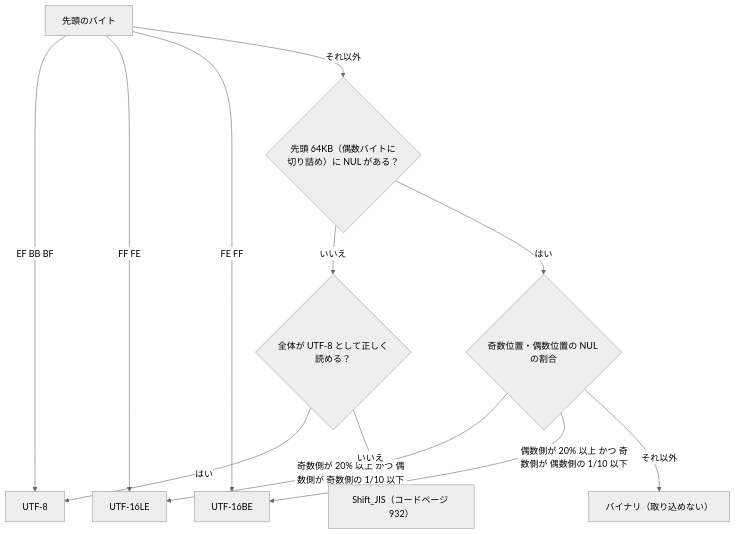
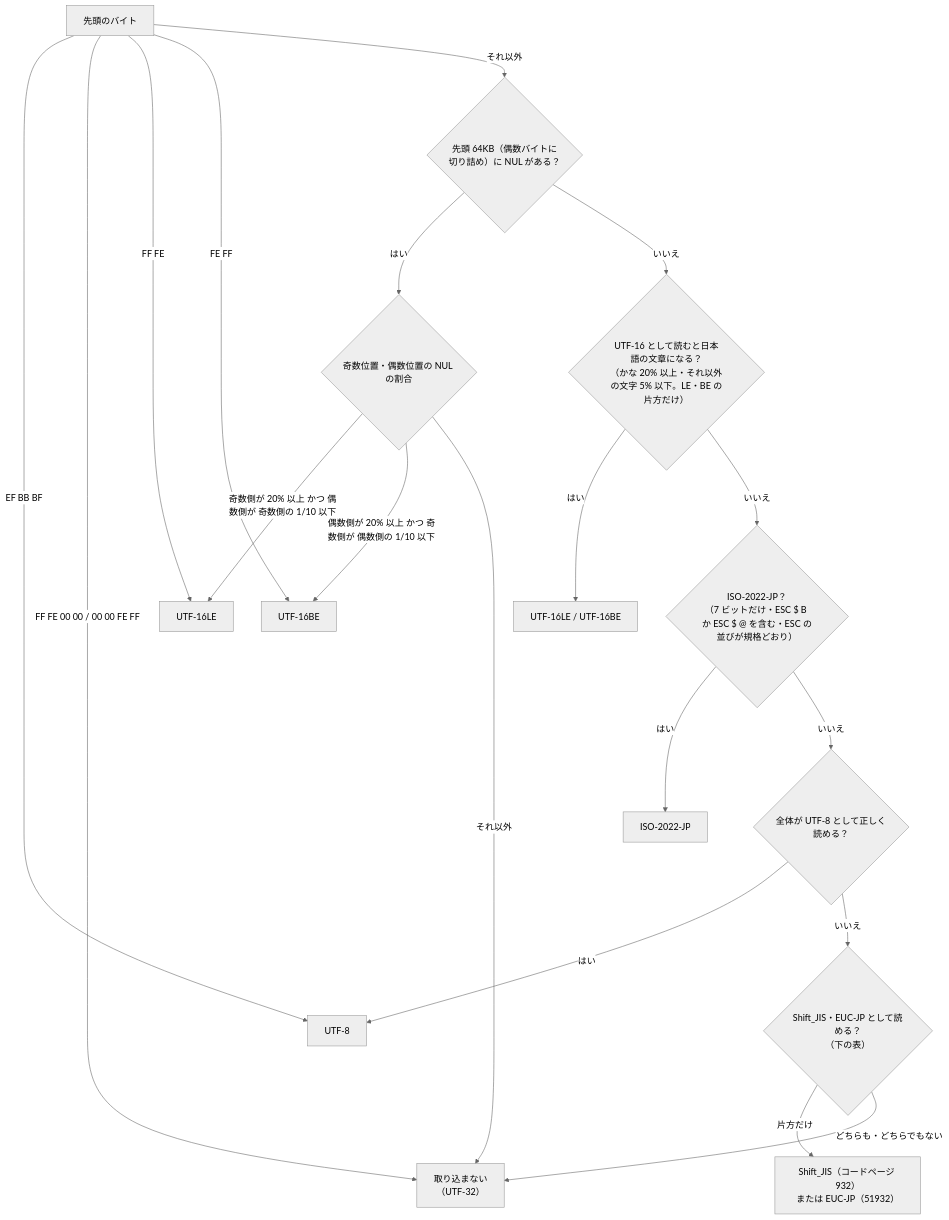
One commit to hsgwa/tebunko changed the diagram in docs/design/indexing/text.md. Above: the diagram before and after it, drawn with Mermaid (neutral theme). The commit also changed other lines of this file and 5 other files, not shown here.

First line of the commit message:
fix: テキストファイルの文字コードの判定の穴を直す（EUC-JP・JIS・日本語の UTF-16 を読み、判定できないものは取り込まない）

````diff
--- a/docs/design/indexing/text.md
+++ b/docs/design/indexing/text.md
@@ -19,14 +19,21 @@
 ```mermaid
 flowchart TD
     A["先頭のバイト"] -->|"EF BB BF"| U8["UTF-8"]
+    A -->|"FF FE 00 00 / 00 00 FE FF"| BIN["取り込まない<br>（UTF-32）"]
     A -->|"FF FE"| L16["UTF-16LE"]
     A -->|"FE FF"| B16["UTF-16BE"]
     A -->|"それ以外"| N{"先頭 64KB（偶数バイトに切り詰め）に NUL がある？"}
-    N -- いいえ --> D{"全体が UTF-8 として正しく読める？"}
     N -- はい --> S{"奇数位置・偶数位置の NUL の割合"}
     S -->|"奇数側が 20% 以上 かつ 偶数側が 奇数側の 1/10 以下"| L16
     S -->|"偶数側が 20% 以上 かつ 奇数側が 偶数側の 1/10 以下"| B16
-    S -->|"それ以外"| BIN["バイナリ（取り込めない）"]
+    S -->|"それ以外"| BIN
+    N -- いいえ --> J{"UTF-16 として読むと日本語の文章になる？<br>（かな 20% 以上・それ以外の文字 5% 以下。LE・BE の片方だけ）"}
+    J -- はい --> JU["UTF-16LE / UTF-16BE"]
+    J -- いいえ --> I{"ISO-2022-JP？<br>（7 ビットだけ・ESC $ B か ESC $ @ を含む・ESC の並びが規格どおり）"}
+    I -- はい --> IJ["ISO-2022-JP"]
+    I -- いいえ --> D{"全体が UTF-8 として正しく読める？"}
     D -- はい --> U8
-    D -- いいえ --> SJIS["Shift_JIS（コードページ 932）"]
+    D -- いいえ --> L{"Shift_JIS・EUC-JP として読める？<br>（下の表）"}
+    L -->|"片方だけ"| LJ["Shift_JIS（コードページ 932）<br>または EUC-JP（51932）"]
+    L -->|"どちらも・どちらでもない"| BIN
 ```
````
